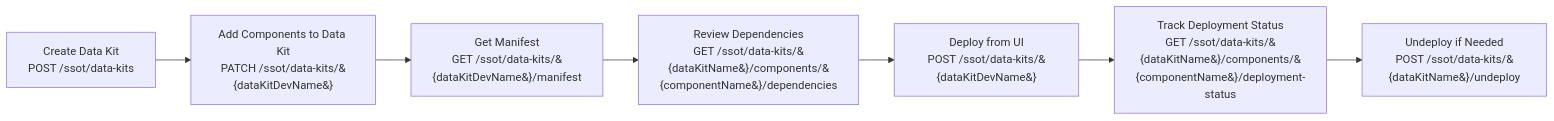
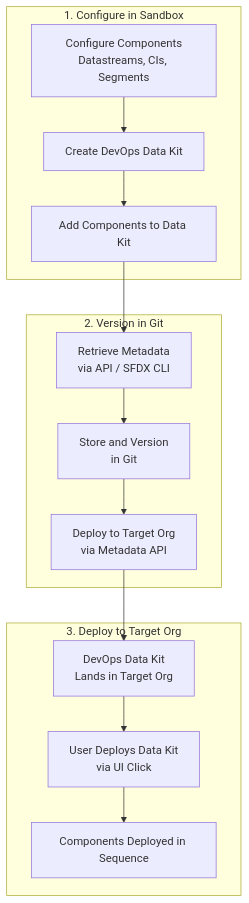
One commit to hipoliciak/modrzejewski_it_website changed the first of 2 diagrams in src/content/blog/managing-environment-strategy-and-devops-for-data-360.mdx. Above: the diagram before and after it, drawn with Mermaid. The commit also changed other lines of this file, not shown here.

Commit message:
Fixed mermaid chart

````diff
--- a/src/content/blog/managing-environment-strategy-and-devops-for-data-360.mdx
+++ b/src/content/blog/managing-environment-strategy-and-devops-for-data-360.mdx
@@ -79,9 +79,26 @@
 ```mermaid
-flowchart LR
-    A[Create Data Kit<br/>POST /ssot/data-kits] --> B[Add Components to Data Kit<br/>PATCH /ssot/data-kits/&#123;dataKitDevName&#125;]
-    B --> C[Get Manifest<br/>GET /ssot/data-kits/&#123;dataKitDevName&#125;/manifest]
-    C --> D[Review Dependencies<br/>GET /ssot/data-kits/&#123;dataKitName&#125;/components/&#123;componentName&#125;/dependencies]
-    D --> E[Deploy from UI<br/>POST /ssot/data-kits/&#123;dataKitDevName&#125;]
-    E --> F[Track Deployment Status<br/>GET /ssot/data-kits/&#123;dataKitName&#125;/components/&#123;componentName&#125;/deployment-status]
-    F --> G[Undeploy if Needed<br/>POST /ssot/data-kits/&#123;dataKitName&#125;/undeploy]
+flowchart TB
+    subgraph SandboxOrg [1. Configure in Sandbox]
+        A["Configure Components<br/>Datastreams, CIs, Segments"]
+        B["Create DevOps Data Kit"]
+        C["Add Components to Data Kit"]
+        A --> B --> C
+    end
+
+    subgraph SourceControl [2. Version in Git]
+        D["Retrieve Metadata<br/>via API / SFDX CLI"]
+        E["Store and Version<br/>in Git"]
+        F["Deploy to Target Org<br/>via Metadata API"]
+        D --> E --> F
+    end
+
+    subgraph TargetOrg [3. Deploy to Target Org]
+        G["DevOps Data Kit<br/>Lands in Target Org"]
+        H["User Deploys Data Kit<br/>via UI Click"]
+        I["Components Deployed in Sequence"]
+        G --> H --> I
+    end
+
+    C --> D
+    F --> G
 ```
````
